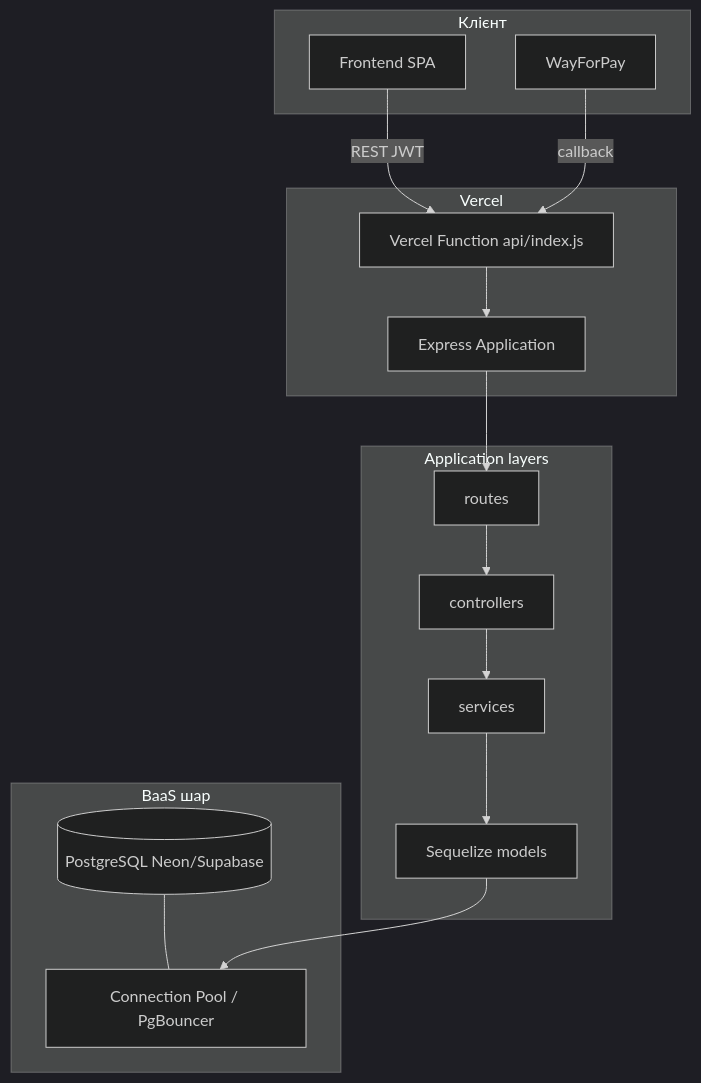
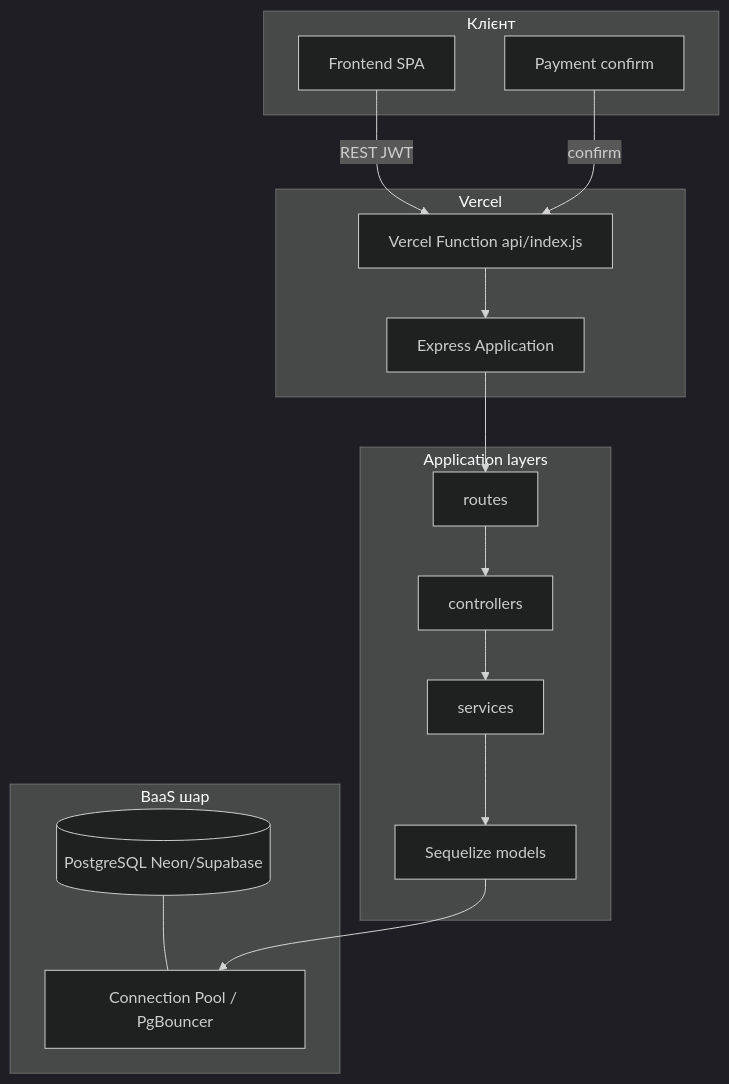
Before and after one commit to overtimeEnjoyer/diplom: the diagram in docs/architecture.md, drawn with Mermaid (dark theme). The commit also changed other lines of this file and 80 other files, not shown here.

````diff
--- a/docs/architecture.md
+++ b/docs/architecture.md
@@ -14,31 +14,31 @@
 ```mermaid
 flowchart TB
   subgraph client [Клієнт]
     FE[Frontend SPA]
-    WFP[WayForPay]
+    PAY[Payment confirm]
   end
 
   subgraph vercel [Vercel]
     VF[Vercel Function api/index.js]
     EX[Express Application]
     VF --> EX
   end
 
   subgraph baas [BaaS шар]
     PG[(PostgreSQL Neon/Supabase)]
     POOL[Connection Pool / PgBouncer]
     PG --- POOL
   end
 
   subgraph app [Application layers]
     R[routes]
     C[controllers]
     S[services]
     M[Sequelize models]
     EX --> R --> C --> S --> M
   end
 
   FE -->|REST JWT| VF
-  WFP -->|callback| VF
+  PAY -->|confirm| VF
   M --> POOL
 ```
````
